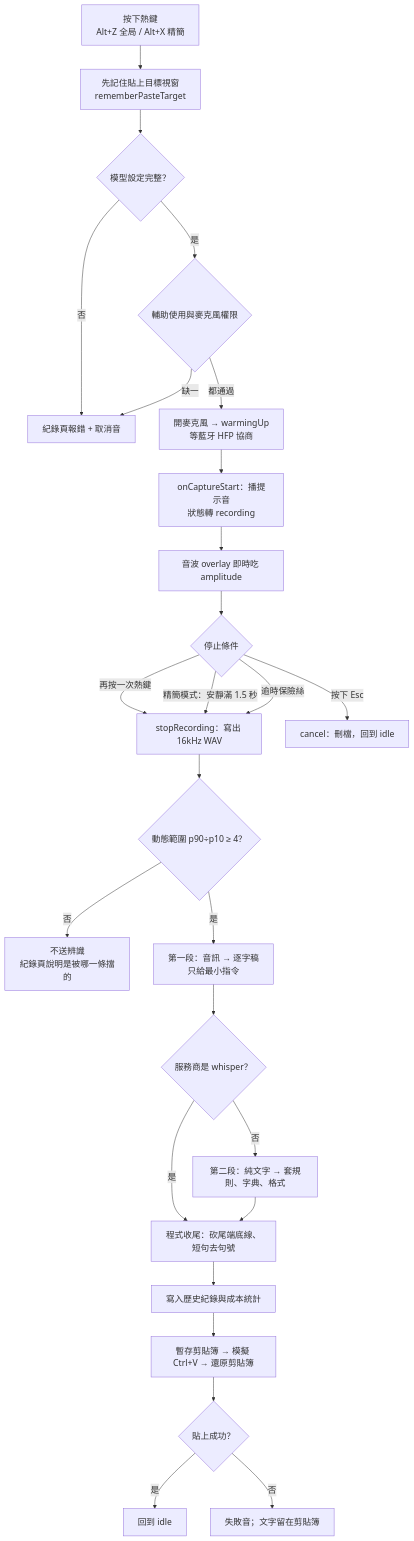
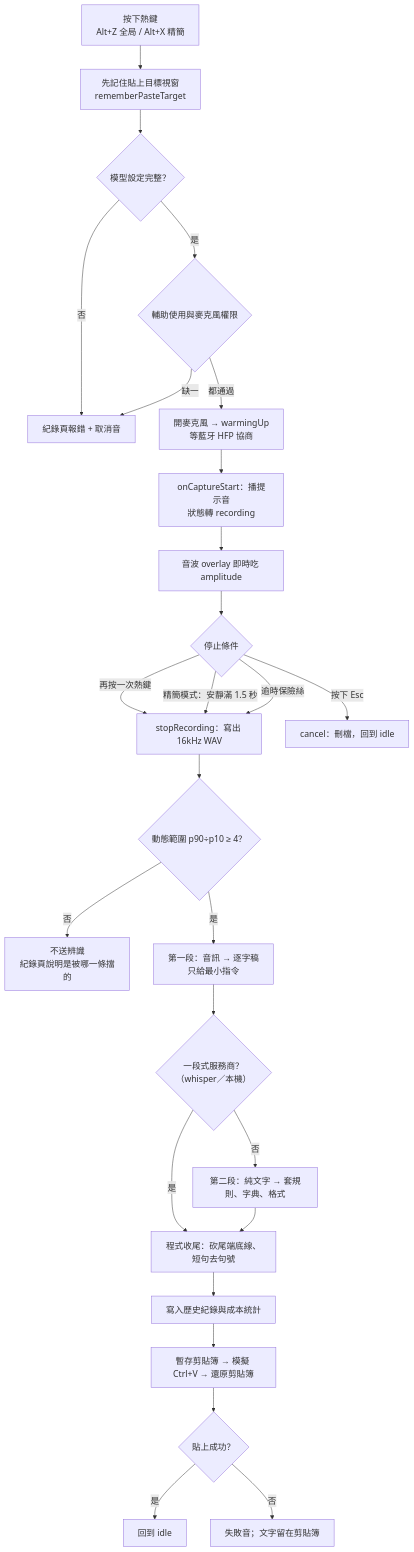
One commit to DaveTseng2019/ZeroType changed the first of 2 diagrams in architecture.md. Above: the diagram before and after it, drawn with Mermaid. The commit also changed 13 other files, not shown here.

````diff
--- a/architecture.md
+++ b/architecture.md
@@ -13,29 +13,29 @@
 ```mermaid
 %%{init: {'themeVariables': {'fontSize': '18px'}}}%%
 flowchart TD
   A["按下熱鍵<br/>Alt+Z 全局 / Alt+X 精簡"] --> B["先記住貼上目標視窗<br/>rememberPasteTarget"]
   B --> C{"模型設定完整？"}
   C -->|否| X1["紀錄頁報錯 + 取消音"]
   C -->|是| D{"輔助使用與麥克風權限"}
   D -->|缺一| X1
   D -->|都通過| E["開麥克風 → warmingUp<br/>等藍牙 HFP 協商"]
   E --> F["onCaptureStart：播提示音<br/>狀態轉 recording"]
   F --> G["音波 overlay 即時吃 amplitude"]
   G --> H{"停止條件"}
   H -->|再按一次熱鍵| I
   H -->|"精簡模式：安靜滿 1.5 秒"| I
   H -->|逾時保險絲| I
   H -->|按下 Esc| X2["cancel：刪檔，回到 idle"]
   I["stopRecording：寫出 16kHz WAV"] --> J{"動態範圍 p90÷p10 ≥ 4？"}
   J -->|否| X3["不送辨識<br/>紀錄頁說明是被哪一條擋的"]
   J -->|是| K["第一段：音訊 → 逐字稿<br/>只給最小指令"]
-  K --> L{"服務商是 whisper？"}
+  K --> L{"一段式服務商？<br/>（whisper／本機）"}
   L -->|是| N
   L -->|否| M["第二段：純文字 → 套規則、字典、格式"]
   M --> N["程式收尾：砍尾端底線、短句去句號"]
   N --> O["寫入歷史紀錄與成本統計"]
   O --> P["暫存剪貼簿 → 模擬 Ctrl+V → 還原剪貼簿"]
   P --> Q{"貼上成功？"}
   Q -->|是| R["回到 idle"]
   Q -->|否| S["失敗音；文字留在剪貼簿"]
 ```
````
